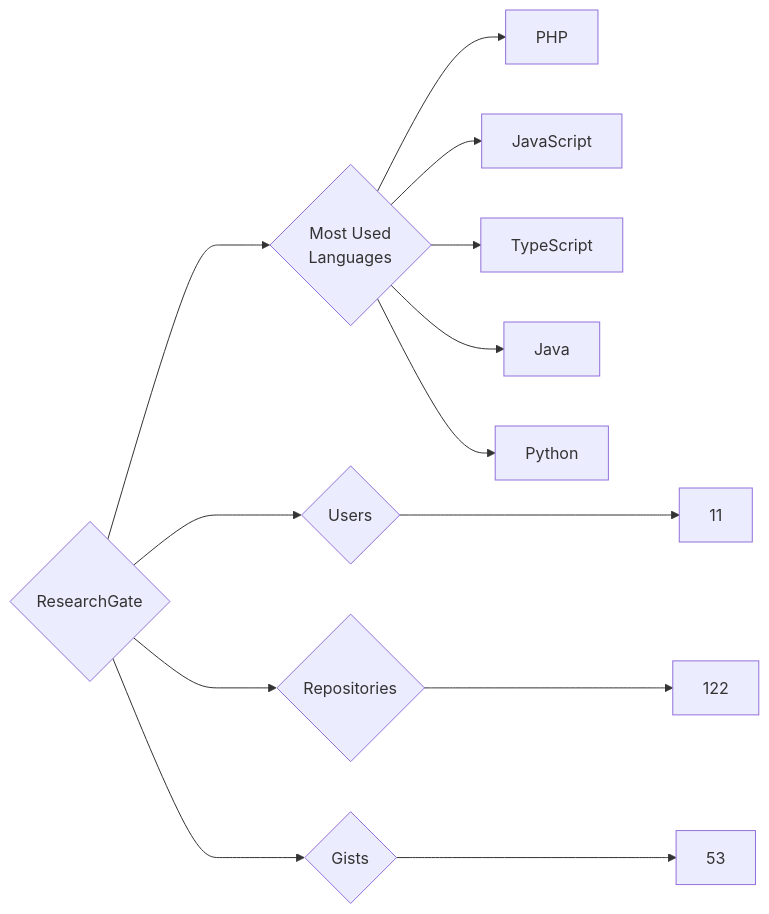
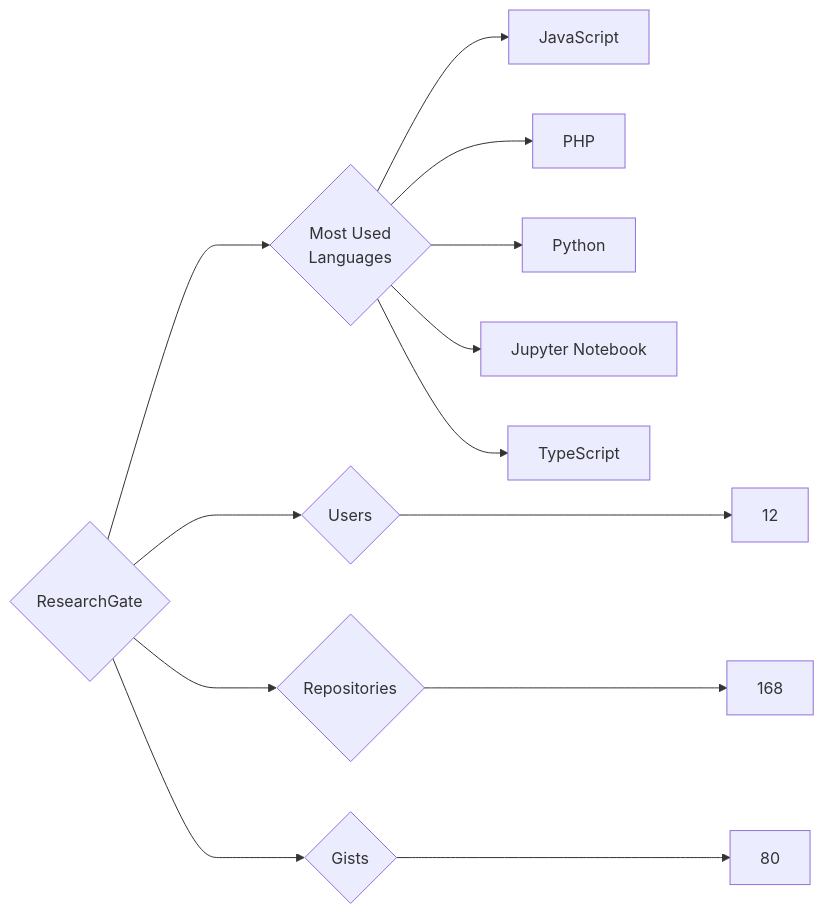
One commit to trickest/insiders changed the diagram in targets/ResearchGate/README.md. Above: the diagram before and after it, drawn with Mermaid. The commit also changed 1479 other files, not shown here.

````diff
--- a/targets/ResearchGate/README.md
+++ b/targets/ResearchGate/README.md
@@ -3,13 +3,13 @@
 ```mermaid
 graph LR
 COMPANY_NAME{ResearchGate}
-COMPANY_NAME ---> U{Users} ---> UN[11]
-COMPANY_NAME ---> R{Repositories} ---> RN[122]
-COMPANY_NAME ---> G{Gists} ---> GN[53]
+COMPANY_NAME ---> U{Users} ---> UN[12]
+COMPANY_NAME ---> R{Repositories} ---> RN[168]
+COMPANY_NAME ---> G{Gists} ---> GN[80]
 COMPANY_NAME ---> ML{Most Used<br>Languages}
+ML --> JavaScript[JavaScript]
 ML --> PHP[PHP]
-ML --> JavaScript[JavaScript]
+ML --> Python[Python]
+ML --> Jupyter_Notebook[Jupyter Notebook]
 ML --> TypeScript[TypeScript]
-ML --> Java[Java]
-ML --> Python[Python]
 ```
````
